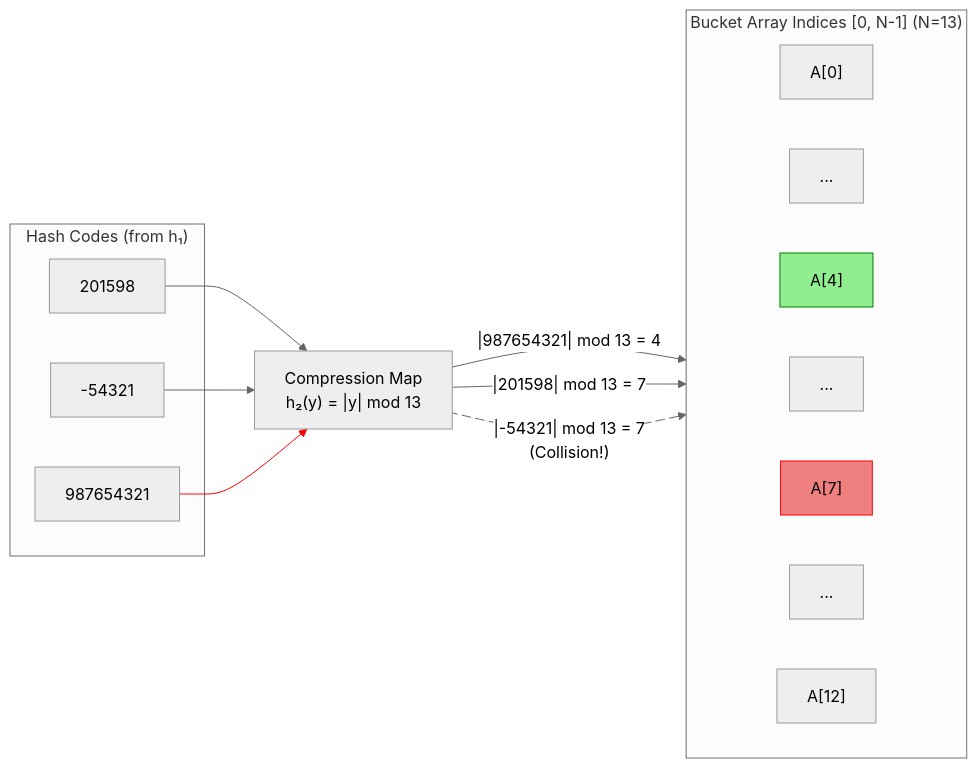
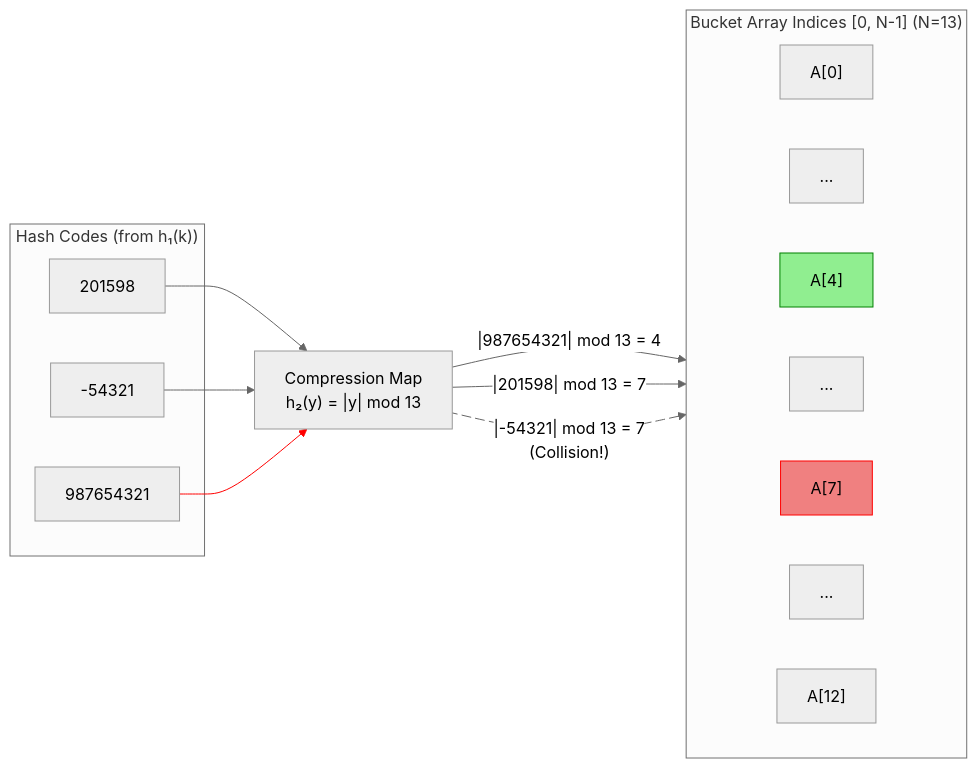
The fifth of 9 diagrams in lectures/lect-13-Hash-Tables.md (ruslylove/datastruct), drawn with Mermaid (neutral theme) before and after one commit. The commit also changed 1 other file, not shown here.

Commit message:
update BST delete

````diff
--- a/lectures/lect-13-Hash-Tables.md
+++ b/lectures/lect-13-Hash-Tables.md
@@ -216,34 +216,34 @@
 ```mermaid
 graph LR
-    subgraph "Hash Codes (from h₁)"
+    subgraph "Hash Codes (from h₁(k))"
         HC1["201598"]
         HC2["-54321"]
         HC3["987654321"]
     end
 
     subgraph "Bucket Array Indices [0, N-1] (N=13)"
         direction LR
         B0["A[0]"]
         B1["..."]
         B4["A[4]"]:::good
         B5["..."]
         B7["A[7]"]:::bad
         B8["..."]
         B12["A[12]"]
     end
 
     comp["Compression Map<br>h₂(y) = |y| mod 13"]
 
     HC1 --> comp
     HC2 --> comp
     HC3 --> comp
 
     comp -- "|987654321| mod 13 = 4" --> B4
     comp -- "|201598| mod 13 = 7" --> B7
     comp e1@-- "|-54321| mod 13 = 7<br>(Collision!)" --> B7
 
     linkStyle 2 stroke:red
     e1@{ animate: true }
     classDef bad fill:lightcoral,stroke:red
     classDef good fill:lightgreen,stroke:green
 ```
````
